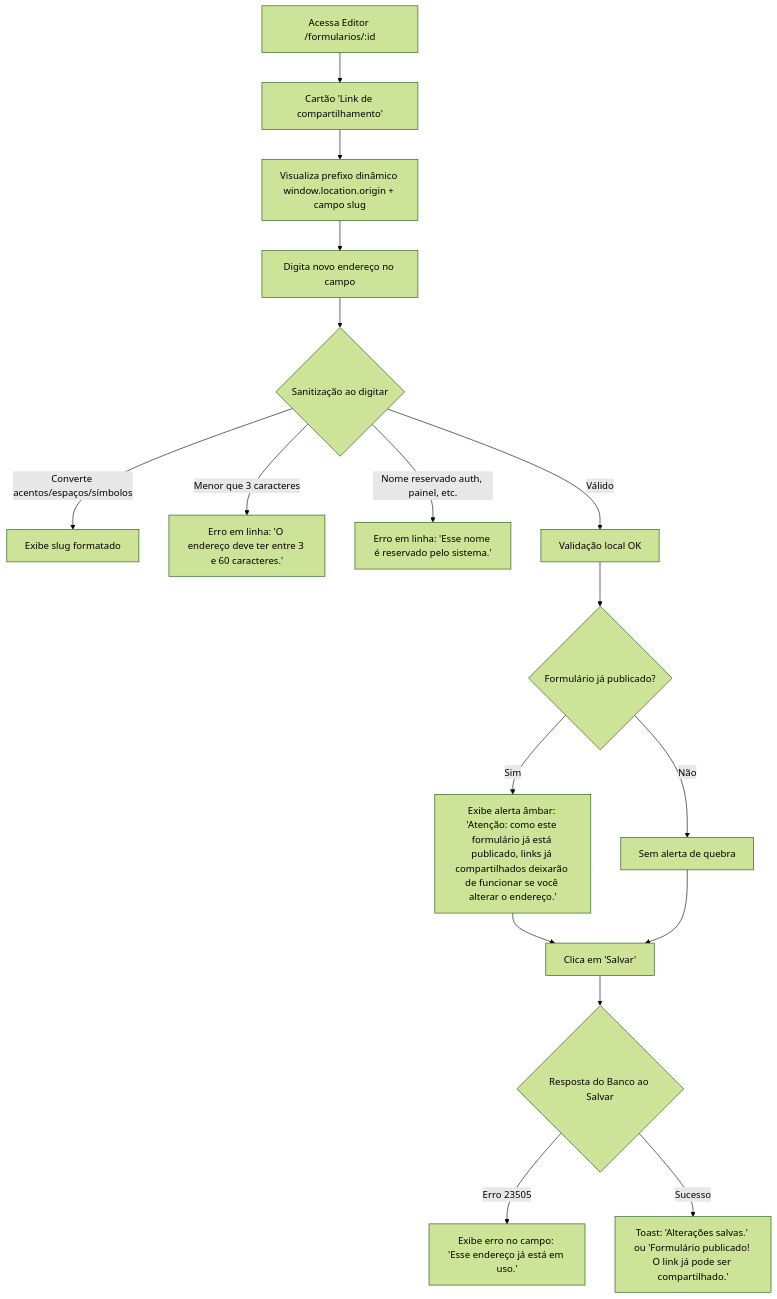
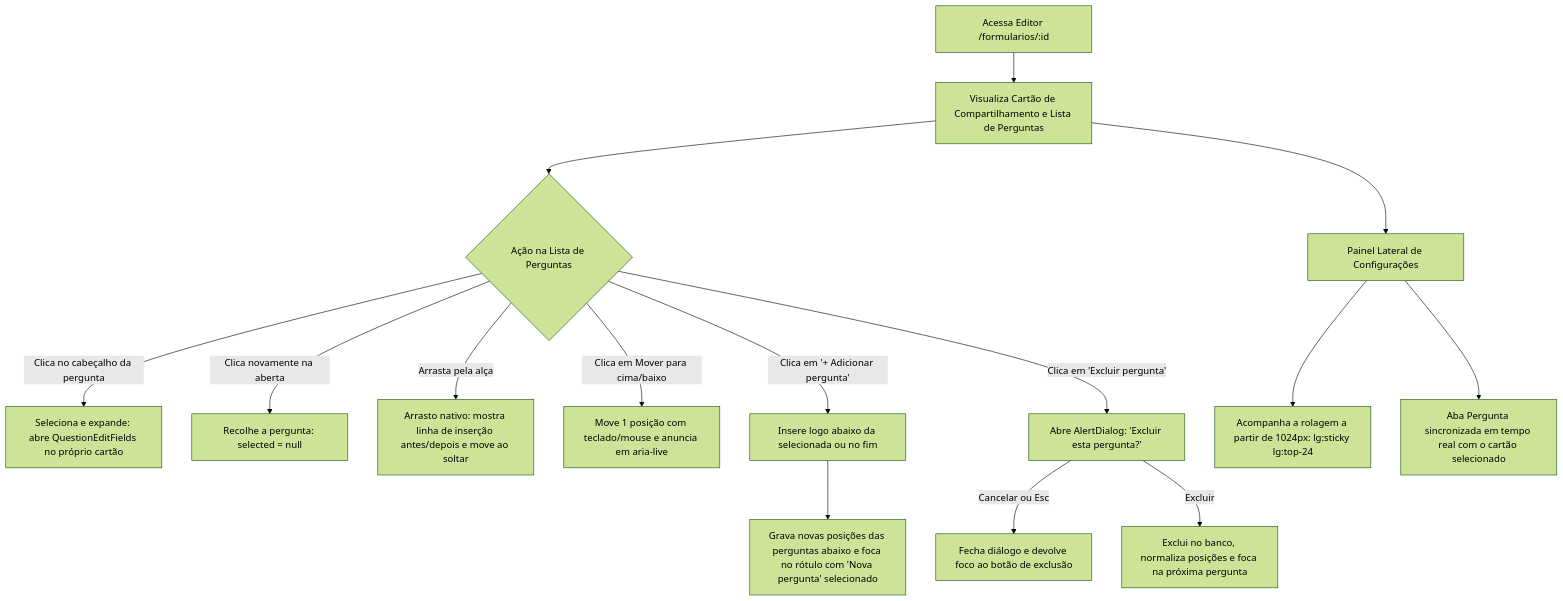
One commit to ThiagoMiranda40/form-builder-pro changed the first of 5 diagrams in specs/001-fase-0-no-ar/design/ui-ux.md. Above: the diagram before and after it, drawn with Mermaid (forest theme). The commit also changed other lines of this file and 2 other files, not shown here.

Commit message:
docs: registra a T-34 (editor: editar na pergunta, arrastar, painel que acompanha e adicionar abaixo)

````diff
--- a/specs/001-fase-0-no-ar/design/ui-ux.md
+++ b/specs/001-fase-0-no-ar/design/ui-ux.md
@@ -54,19 +54,17 @@
   ```mermaid
   flowchart TD
-      A[Acessa Editor /formularios/:id] --> B[Cartão 'Link de compartilhamento']
-      B --> C[Visualiza prefixo dinâmico window.location.origin + campo slug]
-      C --> D[Digita novo endereço no campo]
-      D --> E{Sanitização ao digitar}
-      E -->|Converte acentos/espaços/símbolos| F[Exibe slug formatado]
-      E -->|Menor que 3 caracteres| G[Erro em linha: 'O endereço deve ter entre 3 e 60 caracteres.']
-      E -->|Nome reservado auth, painel, etc.| H[Erro em linha: 'Esse nome é reservado pelo sistema.']
-      E -->|Válido| I[Validação local OK]
-      I --> J{Formulário já publicado?}
-      J -->|Sim| K[Exibe alerta âmbar: 'Atenção: como este formulário já está publicado, links já compartilhados deixarão de funcionar se você alterar o endereço.']
-      J -->|Não| L[Sem alerta de quebra]
-      K --> M[Clica em 'Salvar']
-      L --> M
-      M --> N{Resposta do Banco ao Salvar}
-      N -->|Erro 23505| O[Exibe erro no campo: 'Esse endereço já está em uso.']
-      N -->|Sucesso| P[Toast: 'Alterações salvas.' ou 'Formulário publicado! O link já pode ser compartilhado.']
+      A[Acessa Editor /formularios/:id] --> B[Visualiza Cartão de Compartilhamento e Lista de Perguntas]
+      B --> C{Ação na Lista de Perguntas}
+      C -->|Clica no cabeçalho da pergunta| D[Seleciona e expande: abre QuestionEditFields no próprio cartão]
+      C -->|Clica novamente na aberta| E[Recolhe a pergunta: selected = null]
+      C -->|Arrasta pela alça| F[Arrasto nativo: mostra linha de inserção antes/depois e move ao soltar]
+      C -->|Clica em Mover para cima/baixo| G[Move 1 posição com teclado/mouse e anuncia em aria-live]
+      C -->|Clica em '+ Adicionar pergunta'| H[Insere logo abaixo da selecionada ou no fim]
+      H --> I[Grava novas posições das perguntas abaixo e foca no rótulo com 'Nova pergunta' selecionado]
+      C -->|Clica em 'Excluir pergunta'| J[Abre AlertDialog: 'Excluir esta pergunta?']
+      J -->|Cancelar ou Esc| K[Fecha diálogo e devolve foco ao botão de exclusão]
+      J -->|Excluir| L[Exclui no banco, normaliza posições e foca na próxima pergunta]
+      B --> M[Painel Lateral de Configurações]
+      M --> N[Acompanha a rolagem a partir de 1024px: lg:sticky lg:top-24]
+      M --> O[Aba Pergunta sincronizada em tempo real com o cartão selecionado]
   ```
````
